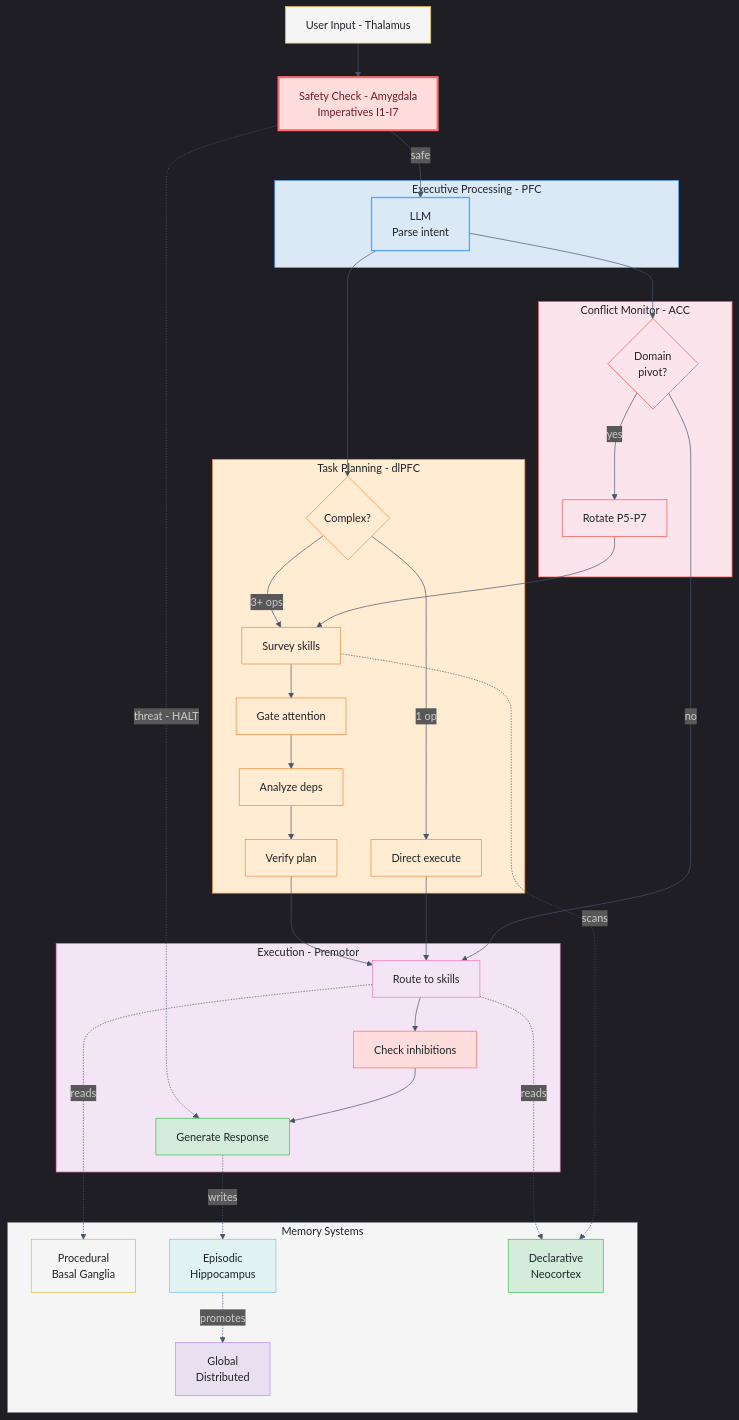
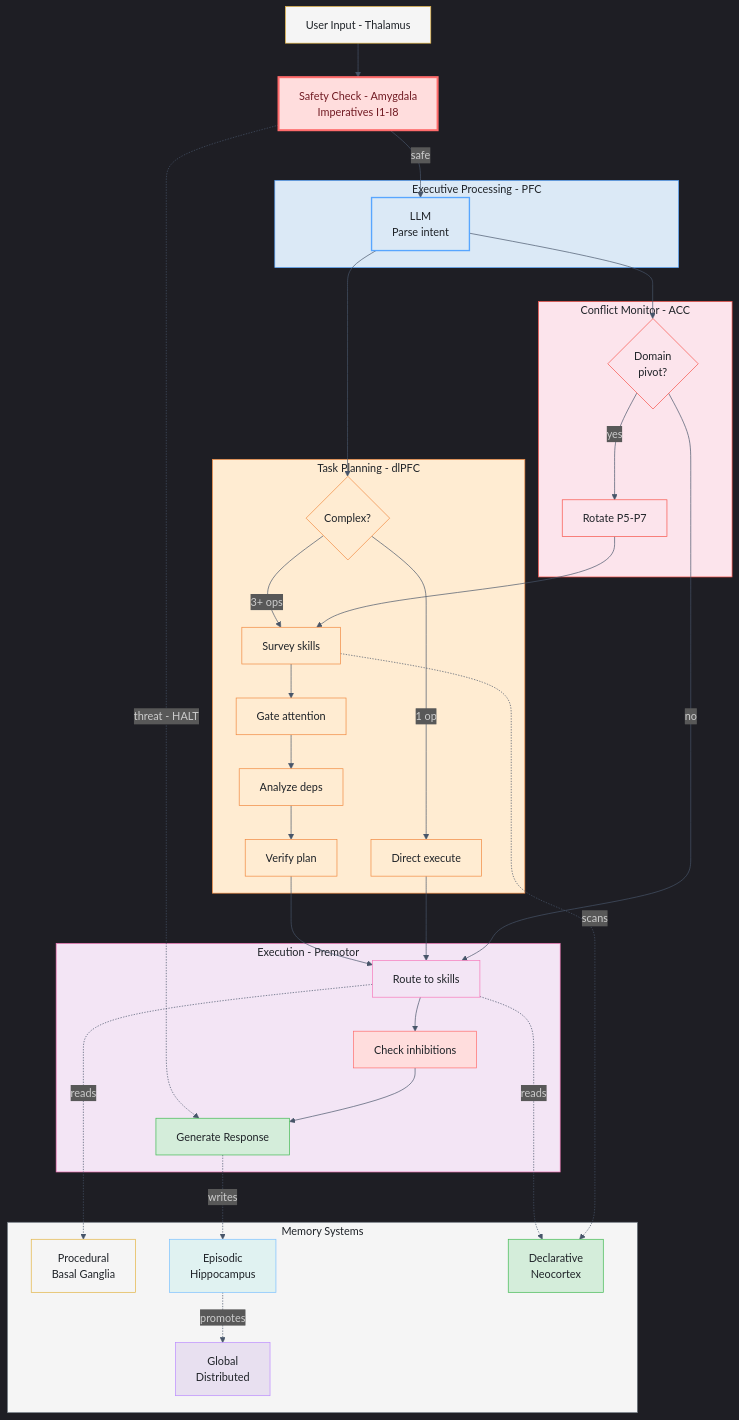
The second of 3 diagrams in alex_docs/architecture/NEUROANATOMICAL-MAPPING.md (fabioc-aloha/Alex_Plug_In), drawn with Mermaid before and after one commit. The commit also changed other lines of this file and 35 other files, not shown here.

````diff
--- a/alex_docs/architecture/NEUROANATOMICAL-MAPPING.md
+++ b/alex_docs/architecture/NEUROANATOMICAL-MAPPING.md
@@ -424,81 +424,81 @@
 ```mermaid
 %%{init: {'theme': 'dark', 'themeVariables': {'background': '#0f172a', 'primaryColor': '#1e293b', 'primaryTextColor': '#f1f5f9', 'primaryBorderColor': '#818cf8', 'lineColor': '#475569', 'secondaryColor': '#1e293b', 'secondaryBorderColor': '#2dd4bf', 'tertiaryColor': '#1e293b', 'fontFamily': 'Segoe UI, system-ui, sans-serif'}}}%%
 flowchart TB
     INPUT["User Input - Thalamus"]
-    SAFETY["Safety Check - Amygdala<br/>Imperatives I1-I7"]
+    SAFETY["Safety Check - Amygdala<br/>Imperatives I1-I8"]
 
     subgraph EXEC["Executive Processing - PFC"]
         LLM["LLM<br/>Parse intent"]
     end
 
     subgraph PLAN["Task Planning - dlPFC"]
         COMPLEX{"Complex?"}
         SSO_SURVEY["Survey skills"]
         SSO_GATE["Gate attention"]
         SSO_DEPS["Analyze deps"]
         SSO_VERIFY["Verify plan"]
         SIMPLE["Direct execute"]
     end
 
     subgraph MONITOR["Conflict Monitor - ACC"]
         PIVOT{"Domain<br/>pivot?"}
         SLOTS["Rotate P5-P7"]
     end
 
     subgraph EXECUTE["Execution - Premotor"]
         ROUTE["Route to skills"]
         INHIBIT["Check inhibitions"]
         OUTPUT["Generate Response"]
     end
 
     subgraph MEMORY["Memory Systems"]
         PROC["Procedural<br/>Basal Ganglia"]
         EPIS["Episodic<br/>Hippocampus"]
         DECL["Declarative<br/>Neocortex"]
         GLOB["Global<br/>Distributed"]
     end
 
     INPUT --> SAFETY
     SAFETY -->|"safe"| LLM
     SAFETY -.->|"threat - HALT"| OUTPUT
     LLM --> COMPLEX
     COMPLEX -->|"3+ ops"| SSO_SURVEY --> SSO_GATE --> SSO_DEPS --> SSO_VERIFY --> ROUTE
     COMPLEX -->|"1 op"| SIMPLE --> ROUTE
     LLM --> PIVOT
     PIVOT -->|"yes"| SLOTS --> SSO_SURVEY
     PIVOT -->|"no"| ROUTE
     ROUTE --> INHIBIT --> OUTPUT
 
     ROUTE -.->|"reads"| PROC
     ROUTE -.->|"reads"| DECL
     SSO_SURVEY -.->|"scans"| DECL
     OUTPUT -.->|"writes"| EPIS
     EPIS -.->|"promotes"| GLOB
 
     %% Cluster styles - light fills, Alex palette strokes
     style EXEC fill:#dbe9f6,stroke:#58a6ff,color:#1f2328
     style PLAN fill:#ffecd2,stroke:#f0883e,color:#1f2328
     style MONITOR fill:#fce4ec,stroke:#f85149,color:#1f2328
     style EXECUTE fill:#f3e5f5,stroke:#f778ba,color:#1f2328
     style MEMORY fill:#f5f5f5,stroke:#6c757d,color:#1f2328
 
     %% Node fills matching parent clusters
     style INPUT fill:#f5f5f5,stroke:#e3b341,color:#1f2328
     style LLM fill:#dbe9f6,stroke:#58a6ff,color:#1f2328,stroke-width:2px
     style SAFETY fill:#fdd,stroke:#ff6b6b,color:#721c24,stroke-width:3px
     style COMPLEX fill:#ffecd2,stroke:#f0883e,color:#1f2328
     style SSO_SURVEY fill:#ffecd2,stroke:#f0883e,color:#1f2328
     style SSO_GATE fill:#ffecd2,stroke:#f0883e,color:#1f2328
     style SSO_DEPS fill:#ffecd2,stroke:#f0883e,color:#1f2328
     style SSO_VERIFY fill:#ffecd2,stroke:#f0883e,color:#1f2328
     style SIMPLE fill:#ffecd2,stroke:#f0883e,color:#1f2328
     style PIVOT fill:#fce4ec,stroke:#f85149,color:#1f2328
     style SLOTS fill:#fce4ec,stroke:#f85149,color:#1f2328
     style ROUTE fill:#f3e5f5,stroke:#f778ba,color:#1f2328
     style INHIBIT fill:#fdd,stroke:#ff6b6b,color:#1f2328
     style OUTPUT fill:#d4edda,stroke:#3fb950,color:#1f2328
     style PROC fill:#f5f5f5,stroke:#e3b341,color:#1f2328
     style EPIS fill:#e0f2f1,stroke:#79c0ff,color:#1f2328
     style DECL fill:#d4edda,stroke:#3fb950,color:#1f2328
     style GLOB fill:#e8e0f0,stroke:#bc8cff,color:#1f2328
 ```
````
